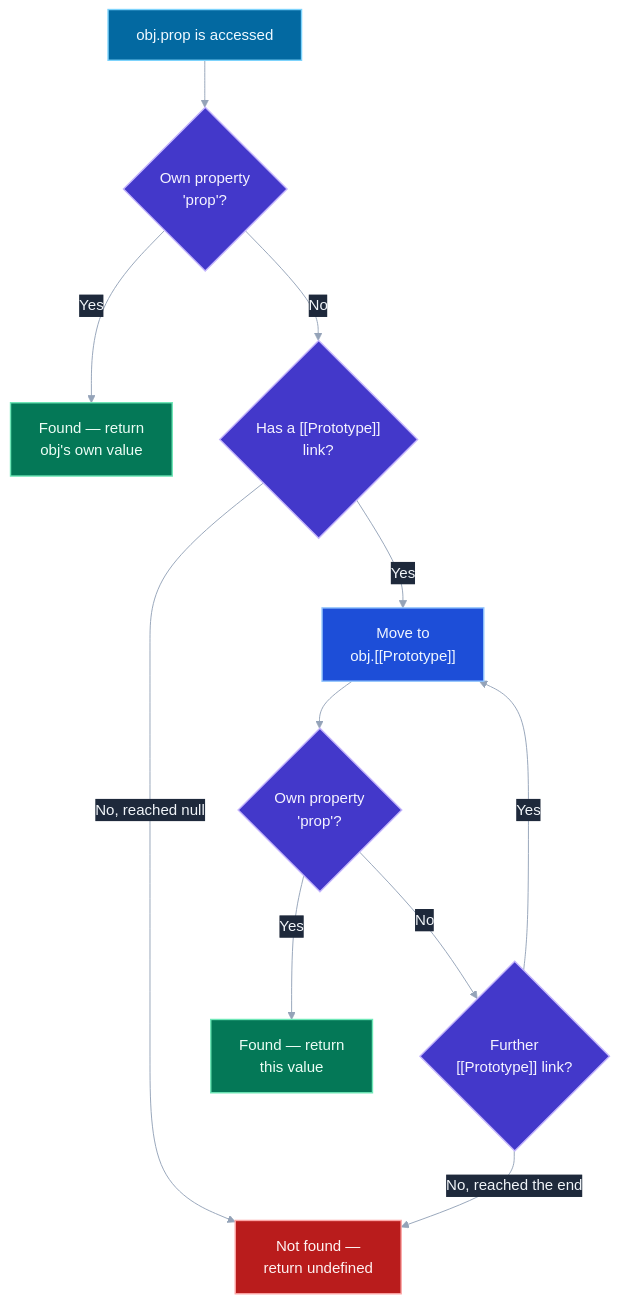
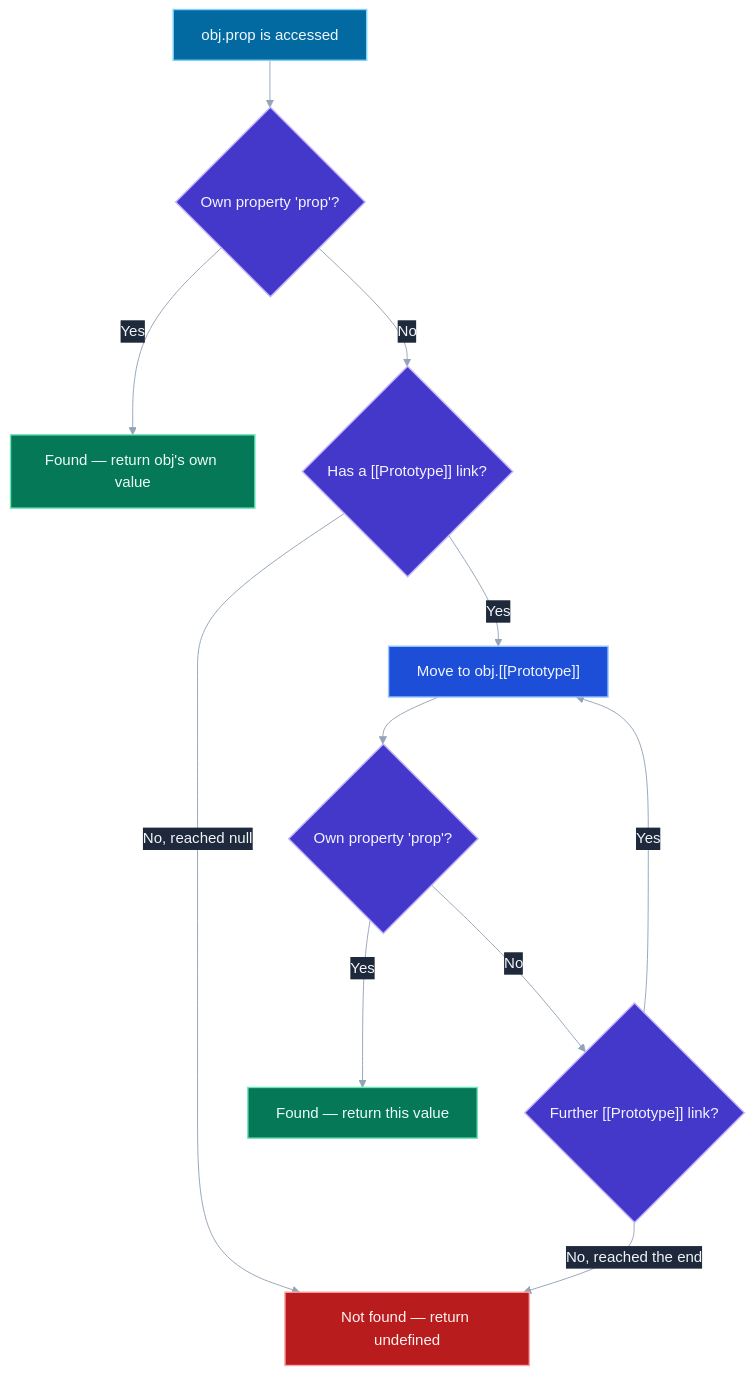
The first of 2 diagrams in data/topics/prototypal-inheritance.md (vinayakhumberi/litmus), drawn with Mermaid before and after one commit. The commit also changed 68 other files, not shown here.

````diff
--- a/data/topics/prototypal-inheritance.md
+++ b/data/topics/prototypal-inheritance.md
@@ -157,26 +157,26 @@
 ```mermaid
 %%{init: {"theme": "base", "themeVariables": {"primaryColor":"#334155","primaryTextColor":"#f1f5f9","primaryBorderColor":"#64748b","lineColor":"#94a3b8","edgeLabelBackground":"#1e293b","textColor":"#f1f5f9","fontSize":"16px"}}}%%
 graph TD
-    A["obj.prop is accessed"] --> B{"Own property<br>'prop'?"}
-    B -- "Yes" --> C["Found — return<br>obj's own value"]
-    B -- "No" --> D{"Has a [[Prototype]]<br>link?"}
-    D -- "No, reached null" --> E["Not found —<br>return undefined"]
-    D -- "Yes" --> F["Move to<br>obj.[[Prototype]]"]
-    F --> G{"Own property<br>'prop'?"}
-    G -- "Yes" --> H["Found — return<br>this value"]
-    G -- "No" --> I{"Further<br>[[Prototype]] link?"}
+    A["obj.prop is accessed"] --> B{"Own property 'prop'?"}
+    B -- "Yes" --> C["Found — return obj's own value"]
+    B -- "No" --> D{"Has a [[Prototype]] link?"}
+    D -- "No, reached null" --> E["Not found — return undefined"]
+    D -- "Yes" --> F["Move to obj.[[Prototype]]"]
+    F --> G{"Own property 'prop'?"}
+    G -- "Yes" --> H["Found — return this value"]
+    G -- "No" --> I{"Further [[Prototype]] link?"}
     I -- "Yes" --> F
     I -- "No, reached the end" --> E
 
     classDef start fill:#0369a1,stroke:#7dd3fc,color:#f0f9ff,stroke-width:1.5px
     classDef found fill:#047857,stroke:#6ee7b7,color:#ecfdf5,stroke-width:1.5px
     classDef notfound fill:#b91c1c,stroke:#fca5a5,color:#fef2f2,stroke-width:1.5px
     classDef decision fill:#4338ca,stroke:#c4b5fd,color:#f5f3ff,stroke-width:1.5px
     classDef walk fill:#1d4ed8,stroke:#93c5fd,color:#eff6ff,stroke-width:1.5px
 
     class A start
     class C,H found
     class E notfound
     class B,D,G,I decision
     class F walk
 ```
````
